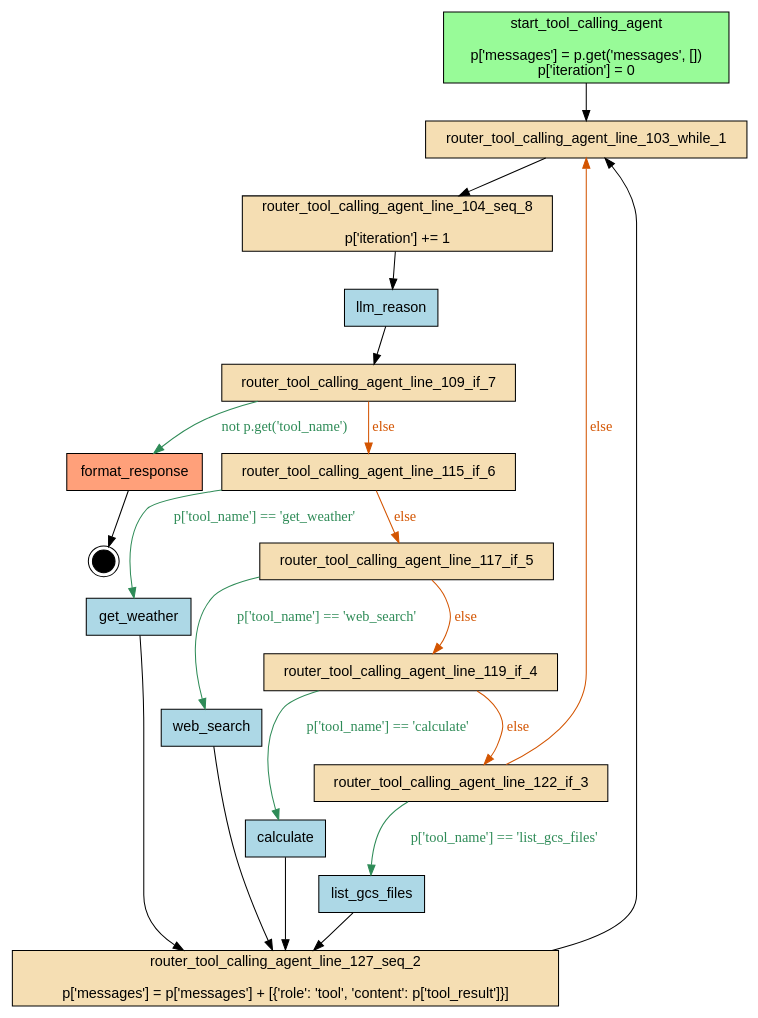
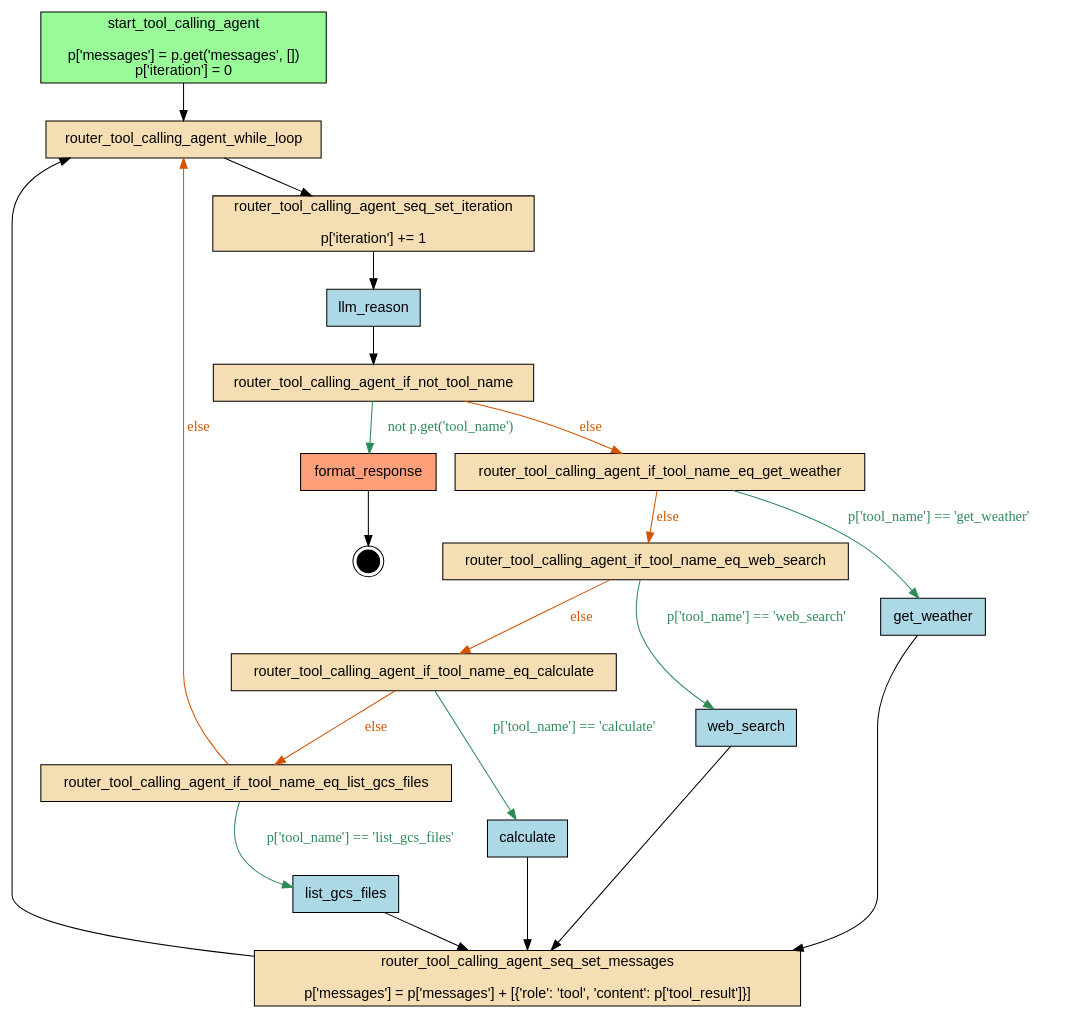
Before and after one commit to deliveryhero/asya: the diagram in examples/flows/agentic/compiled/tool_calling_agent/flow.dot, drawn with Graphviz. The commit also changed 24 other files, not shown here.

```diff
--- a/examples/flows/agentic/compiled/tool_calling_agent/flow.dot
+++ b/examples/flows/agentic/compiled/tool_calling_agent/flow.dot
@@ -1,45 +1,45 @@
 digraph "tool_calling_agent" {
     rankdir=TB;
     node [shape=box, style=filled, fontname="Helvetica"];
 
     { rank=source; start_tool_calling_agent; }
 
     calculate [label="calculate", fillcolor=lightblue];
     format_response [label="format_response", fillcolor=lightsalmon];
     get_weather [label="get_weather", fillcolor=lightblue];
     list_gcs_files [label="list_gcs_files", fillcolor=lightblue];
     llm_reason [label="llm_reason", fillcolor=lightblue];
-    router_tool_calling_agent_line_103_while_1 [label="router_tool_calling_agent_line_103_while_1", fillcolor=wheat];
-    router_tool_calling_agent_line_104_seq_8 [label="router_tool_calling_agent_line_104_seq_8\n\np['iteration'] += 1", fillcolor=wheat];
-    router_tool_calling_agent_line_109_if_7 [label="router_tool_calling_agent_line_109_if_7", fillcolor=wheat];
-    router_tool_calling_agent_line_115_if_6 [label="router_tool_calling_agent_line_115_if_6", fillcolor=wheat];
-    router_tool_calling_agent_line_117_if_5 [label="router_tool_calling_agent_line_117_if_5", fillcolor=wheat];
-    router_tool_calling_agent_line_119_if_4 [label="router_tool_calling_agent_line_119_if_4", fillcolor=wheat];
-    router_tool_calling_agent_line_122_if_3 [label="router_tool_calling_agent_line_122_if_3", fillcolor=wheat];
-    router_tool_calling_agent_line_127_seq_2 [label="router_tool_calling_agent_line_127_seq_2\n\np['messages'] = p['messages'] + [{'role': 'tool', 'content': p['tool_result']}]", fillcolor=wheat];
+    router_tool_calling_agent_if_not_tool_name [label="router_tool_calling_agent_if_not_tool_name", fillcolor=wheat];
+    router_tool_calling_agent_if_tool_name_eq_calculate [label="router_tool_calling_agent_if_tool_name_eq_calculate", fillcolor=wheat];
+    router_tool_calling_agent_if_tool_name_eq_get_weather [label="router_tool_calling_agent_if_tool_name_eq_get_weather", fillcolor=wheat];
+    router_tool_calling_agent_if_tool_name_eq_list_gcs_files [label="router_tool_calling_agent_if_tool_name_eq_list_gcs_files", fillcolor=wheat];
+    router_tool_calling_agent_if_tool_name_eq_web_search [label="router_tool_calling_agent_if_tool_name_eq_web_search", fillcolor=wheat];
+    router_tool_calling_agent_seq_set_iteration [label="router_tool_calling_agent_seq_set_iteration\n\np['iteration'] += 1", fillcolor=wheat];
+    router_tool_calling_agent_seq_set_messages [label="router_tool_calling_agent_seq_set_messages\n\np['messages'] = p['messages'] + [{'role': 'tool', 'content': p['tool_result']}]", fillcolor=wheat];
+    router_tool_calling_agent_while_loop [label="router_tool_calling_agent_while_loop", fillcolor=wheat];
     start_tool_calling_agent [label="start_tool_calling_agent\n\np['messages'] = p.get('messages', [])\np['iteration'] = 0", fillcolor=palegreen];
     web_search [label="web_search", fillcolor=lightblue];
 
     __end__ [label="", shape=doublecircle, fillcolor=black, width=0.3, fixedsize=true];
 
-    start_tool_calling_agent -> router_tool_calling_agent_line_103_while_1;
-    router_tool_calling_agent_line_122_if_3 -> list_gcs_files [label="p['tool_name'] == 'list_gcs_files'", color="#2E8B57", fontcolor="#2E8B57"];
-    router_tool_calling_agent_line_119_if_4 -> calculate [label="p['tool_name'] == 'calculate'", color="#2E8B57", fontcolor="#2E8B57"];
-    router_tool_calling_agent_line_119_if_4 -> router_tool_calling_agent_line_122_if_3 [label="else", color="#D35400", fontcolor="#D35400"];
-    router_tool_calling_agent_line_117_if_5 -> web_search [label="p['tool_name'] == 'web_search'", color="#2E8B57", fontcolor="#2E8B57"];
-    router_tool_calling_agent_line_117_if_5 -> router_tool_calling_agent_line_119_if_4 [label="else", color="#D35400", fontcolor="#D35400"];
-    router_tool_calling_agent_line_115_if_6 -> get_weather [label="p['tool_name'] == 'get_weather'", color="#2E8B57", fontcolor="#2E8B57"];
-    get_weather -> router_tool_calling_agent_line_127_seq_2;
-    router_tool_calling_agent_line_115_if_6 -> router_tool_calling_agent_line_117_if_5 [label="else", color="#D35400", fontcolor="#D35400"];
-    router_tool_calling_agent_line_109_if_7 -> router_tool_calling_agent_line_115_if_6 [label="else", color="#D35400", fontcolor="#D35400"];
-    router_tool_calling_agent_line_109_if_7 -> format_response [label="not p.get('tool_name')", color="#2E8B57", fontcolor="#2E8B57"];
-    router_tool_calling_agent_line_104_seq_8 -> llm_reason;
-    llm_reason -> router_tool_calling_agent_line_109_if_7;
-    router_tool_calling_agent_line_103_while_1 -> router_tool_calling_agent_line_104_seq_8;
-    web_search -> router_tool_calling_agent_line_127_seq_2;
-    calculate -> router_tool_calling_agent_line_127_seq_2;
-    list_gcs_files -> router_tool_calling_agent_line_127_seq_2;
-    router_tool_calling_agent_line_127_seq_2 -> router_tool_calling_agent_line_103_while_1;
-    router_tool_calling_agent_line_122_if_3 -> router_tool_calling_agent_line_103_while_1 [label="else", color="#D35400", fontcolor="#D35400"];
+    start_tool_calling_agent -> router_tool_calling_agent_while_loop;
+    router_tool_calling_agent_if_tool_name_eq_list_gcs_files -> list_gcs_files [label="p['tool_name'] == 'list_gcs_files'", color="#2E8B57", fontcolor="#2E8B57"];
+    router_tool_calling_agent_if_tool_name_eq_calculate -> calculate [label="p['tool_name'] == 'calculate'", color="#2E8B57", fontcolor="#2E8B57"];
+    router_tool_calling_agent_if_tool_name_eq_calculate -> router_tool_calling_agent_if_tool_name_eq_list_gcs_files [label="else", color="#D35400", fontcolor="#D35400"];
+    router_tool_calling_agent_if_tool_name_eq_web_search -> web_search [label="p['tool_name'] == 'web_search'", color="#2E8B57", fontcolor="#2E8B57"];
+    router_tool_calling_agent_if_tool_name_eq_web_search -> router_tool_calling_agent_if_tool_name_eq_calculate [label="else", color="#D35400", fontcolor="#D35400"];
+    router_tool_calling_agent_if_tool_name_eq_get_weather -> get_weather [label="p['tool_name'] == 'get_weather'", color="#2E8B57", fontcolor="#2E8B57"];
+    get_weather -> router_tool_calling_agent_seq_set_messages;
+    router_tool_calling_agent_if_tool_name_eq_get_weather -> router_tool_calling_agent_if_tool_name_eq_web_search [label="else", color="#D35400", fontcolor="#D35400"];
+    router_tool_calling_agent_if_not_tool_name -> router_tool_calling_agent_if_tool_name_eq_get_weather [label="else", color="#D35400", fontcolor="#D35400"];
+    router_tool_calling_agent_if_not_tool_name -> format_response [label="not p.get('tool_name')", color="#2E8B57", fontcolor="#2E8B57"];
+    router_tool_calling_agent_seq_set_iteration -> llm_reason;
+    llm_reason -> router_tool_calling_agent_if_not_tool_name;
+    router_tool_calling_agent_while_loop -> router_tool_calling_agent_seq_set_iteration;
+    web_search -> router_tool_calling_agent_seq_set_messages;
+    calculate -> router_tool_calling_agent_seq_set_messages;
+    list_gcs_files -> router_tool_calling_agent_seq_set_messages;
+    router_tool_calling_agent_seq_set_messages -> router_tool_calling_agent_while_loop;
+    router_tool_calling_agent_if_tool_name_eq_list_gcs_files -> router_tool_calling_agent_while_loop [label="else", color="#D35400", fontcolor="#D35400"];
     format_response -> __end__;
 }
```
